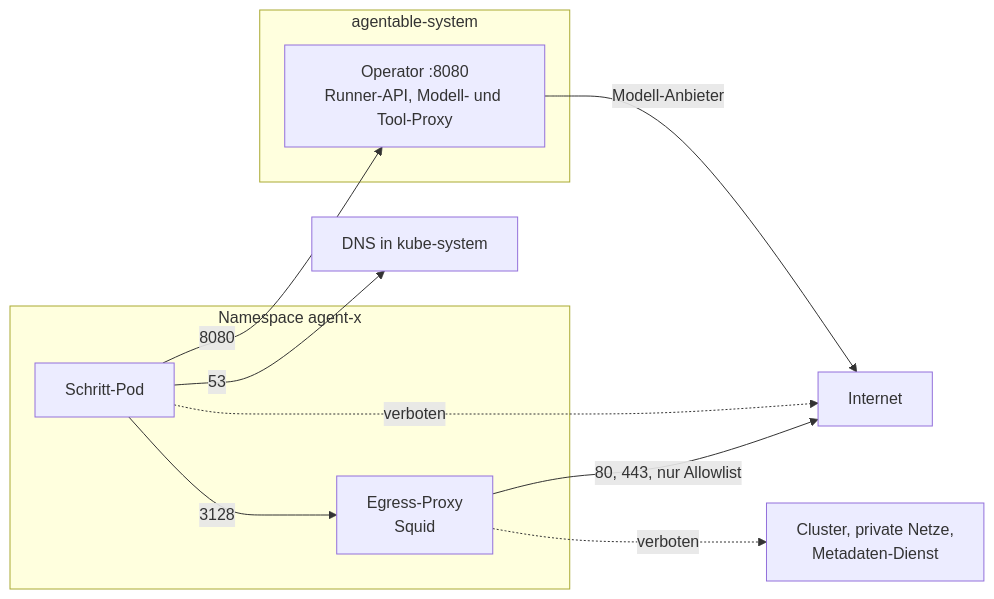
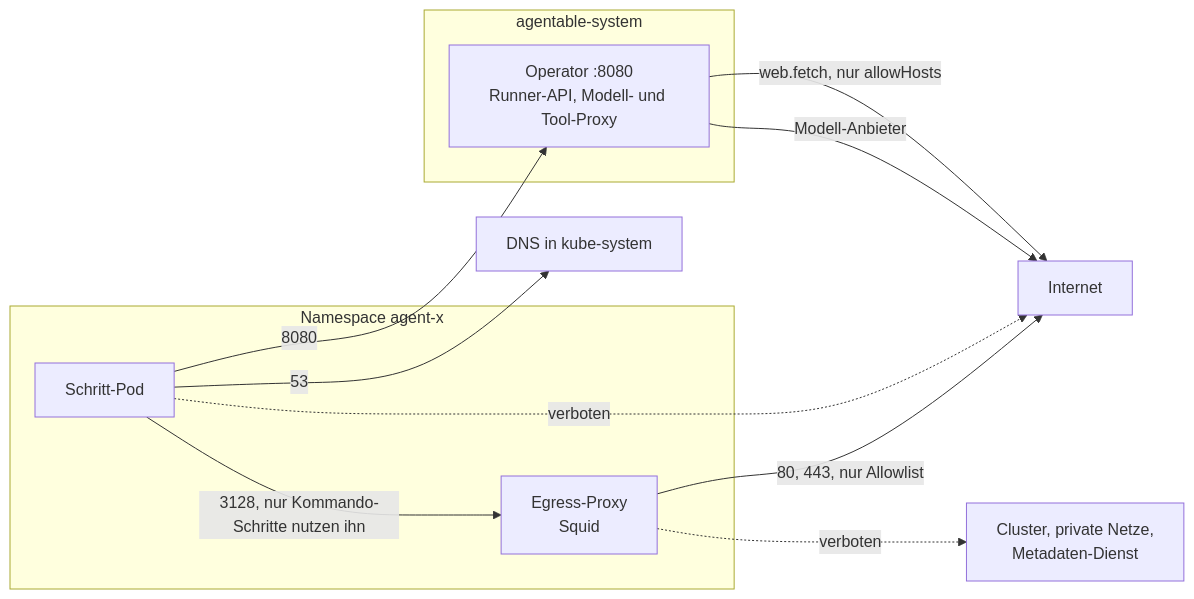
One commit to slauger/ai-agent-operations changed the diagram in docs/08-isolation-und-netzwerk.md. Above: the diagram before and after it, drawn with Mermaid. The commit also changed other lines of this file and 26 other files, not shown here.

````diff
--- a/docs/08-isolation-und-netzwerk.md
+++ b/docs/08-isolation-und-netzwerk.md
@@ -14,21 +14,22 @@
 ```mermaid
 flowchart LR
     subgraph NS["Namespace agent-x"]
         P[Schritt-Pod]
         SQ[Egress-Proxy<br>Squid]
     end
     subgraph SYS["agentable-system"]
         OP[Operator :8080<br>Runner-API, Modell- und Tool-Proxy]
     end
     DNS[DNS in kube-system]
     INT[Internet]
     PRIV[Cluster, private Netze,<br>Metadaten-Dienst]
 
     P -->|53| DNS
     P -->|8080| OP
-    P -->|3128| SQ
+    P -->|3128, nur Kommando-Schritte nutzen ihn| SQ
     SQ -->|80, 443, nur Allowlist| INT
     SQ -.->|verboten| PRIV
     P -.->|verboten| INT
     OP -->|Modell-Anbieter| INT
+    OP -->|web.fetch, nur allowHosts| INT
 ```
````
